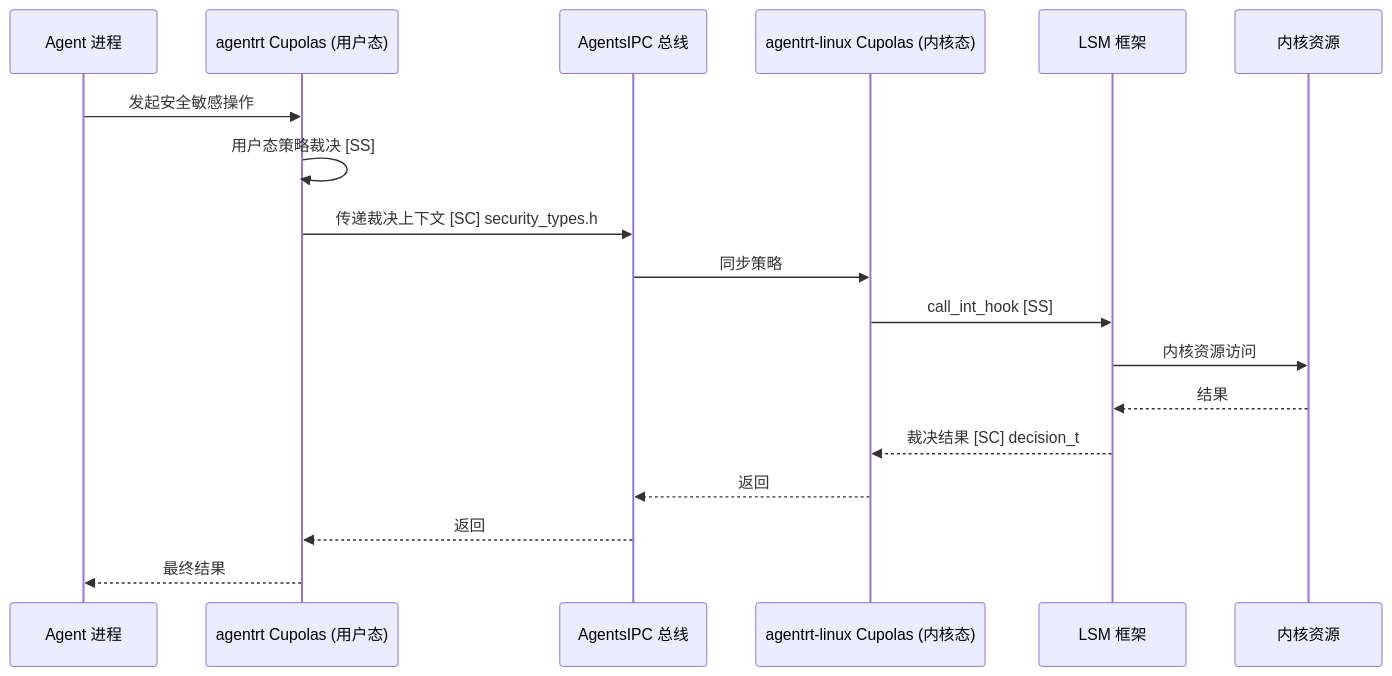
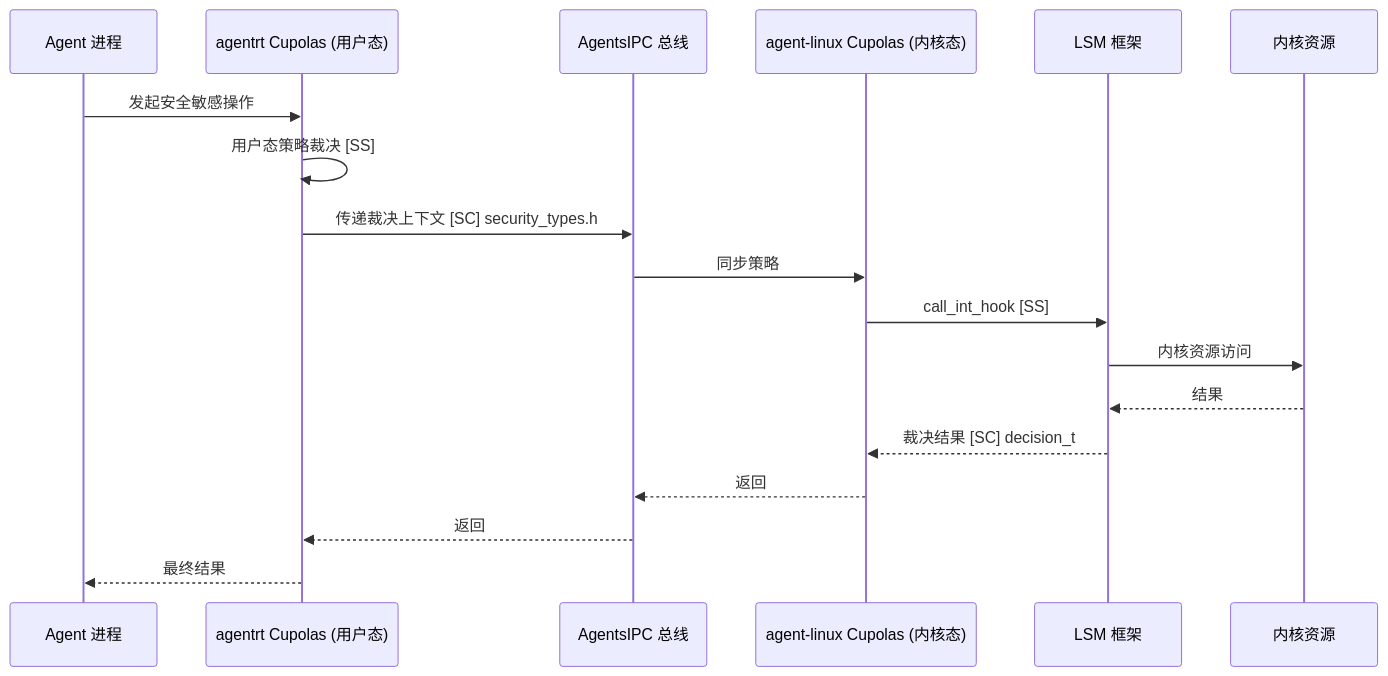
One commit to openairymax/docs-linux changed the second of 2 diagrams in 20-modules/03-security.md. Above: the diagram before and after it, drawn with Mermaid. The commit also changed other lines of this file and 172 other files, not shown here.

Commit message:
docs: rename agentrt-linux to agent-linux across docs v0.1.3 双工程结构：agentrt-linux 改名 agent-linux。docs 全仓 186 个 文件中的 agentrt-linux 引用统一为 agent-linux（AirymaxOS 工程名/ URL/路径引用；commit hash 与历史不变）。

````diff
--- a/20-modules/03-security.md
+++ b/20-modules/03-security.md
@@ -767,21 +767,21 @@
 ```mermaid
 sequenceDiagram
     participant AGENT as Agent 进程
     participant CUP_U as agentrt Cupolas (用户态)
     participant IPC as AgentsIPC 总线
-    participant CUP_K as agentrt-linux Cupolas (内核态)
+    participant CUP_K as agent-linux Cupolas (内核态)
     participant LSM as LSM 框架
     participant KRES as 内核资源
 
     AGENT->>CUP_U: 发起安全敏感操作
     CUP_U->>CUP_U: 用户态策略裁决 [SS]
     CUP_U->>IPC: 传递裁决上下文 [SC] security_types.h
     IPC->>CUP_K: 同步策略
     CUP_K->>LSM: call_int_hook [SS]
     LSM->>KRES: 内核资源访问
     KRES-->>LSM: 结果
     LSM-->>CUP_K: 裁决结果 [SC] decision_t
     CUP_K-->>IPC: 返回
     IPC-->>CUP_U: 返回
     CUP_U-->>AGENT: 最终结果
 ```
````
